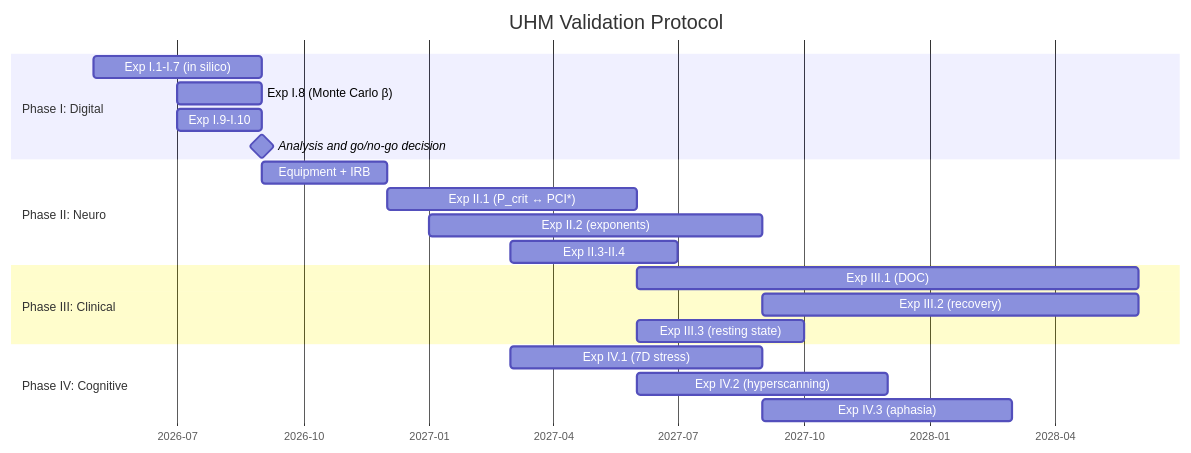
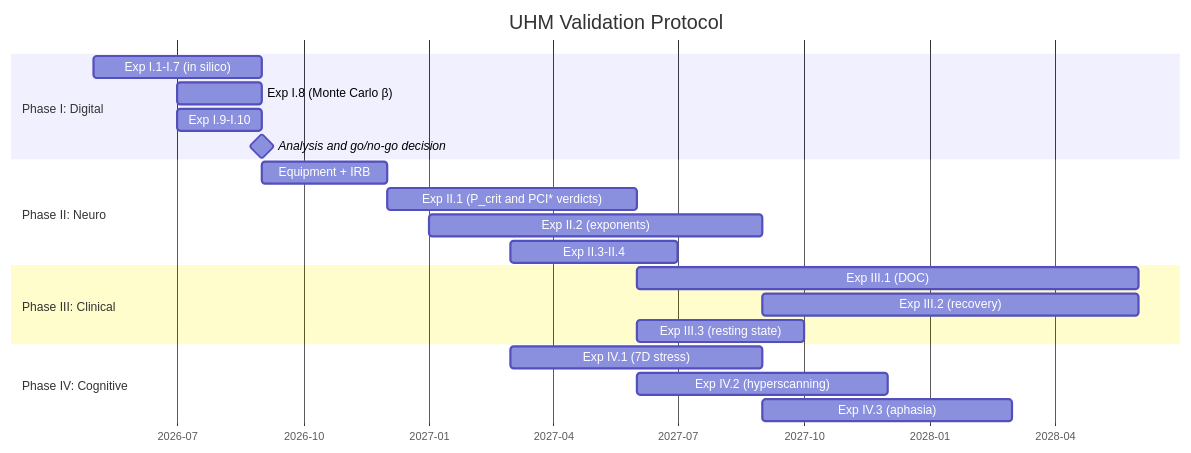
One commit to gst-st/uhm changed the diagram in website/docs/applied/research/experimental-protocol.md. Above: the diagram before and after it, drawn with Mermaid. The commit also changed other lines of this file and 35 other files, not shown here.

````diff
--- a/website/docs/applied/research/experimental-protocol.md
+++ b/website/docs/applied/research/experimental-protocol.md
@@ -582,28 +590,28 @@
 ```mermaid
 gantt
     title UHM Validation Protocol
     dateFormat YYYY-MM
     axisFormat %Y-%m
 
     section Phase I: Digital
     Exp I.1-I.7 (in silico)      :i1, 2026-05, 4M
     Exp I.8 (Monte Carlo β)      :i8, 2026-07, 2M
     Exp I.9-I.10                  :i9, 2026-07, 2M
     Analysis and go/no-go decision :milestone, m1, after i8, 0d
 
     section Phase II: Neuro
     Equipment + IRB                :ii0, 2026-09, 3M
-    Exp II.1 (P_crit ↔ PCI*)     :ii1, 2026-12, 6M
+    Exp II.1 (P_crit and PCI* verdicts) :ii1, 2026-12, 6M
     Exp II.2 (exponents)          :ii2, 2027-01, 8M
     Exp II.3-II.4                 :ii3, 2027-03, 4M
 
     section Phase III: Clinical
     Exp III.1 (DOC)               :iii1, 2027-06, 12M
     Exp III.2 (recovery)          :iii2, 2027-09, 9M
     Exp III.3 (resting state)     :iii3, 2027-06, 4M
 
     section Phase IV: Cognitive
     Exp IV.1 (7D stress)          :iv1, 2027-03, 6M
     Exp IV.2 (hyperscanning)      :iv2, 2027-06, 6M
     Exp IV.3 (aphasia)            :iv3, 2027-09, 6M
 ```
````
